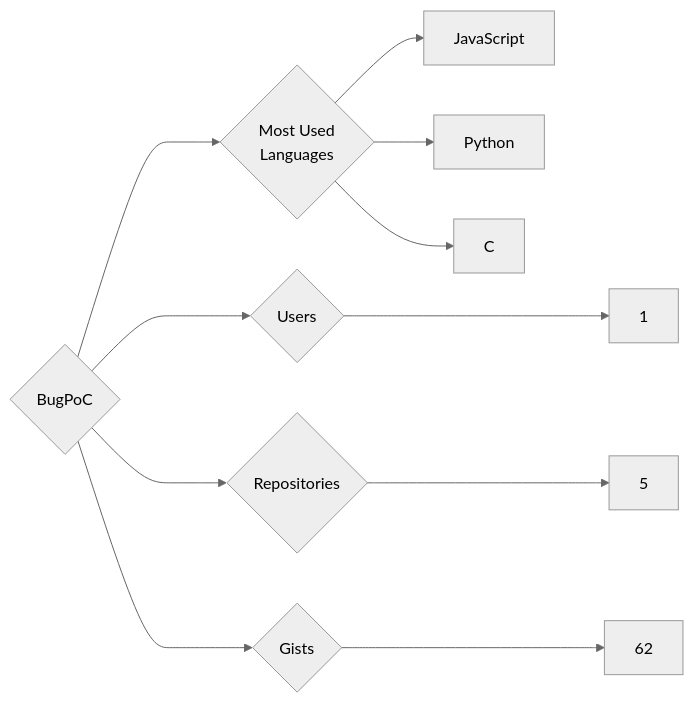
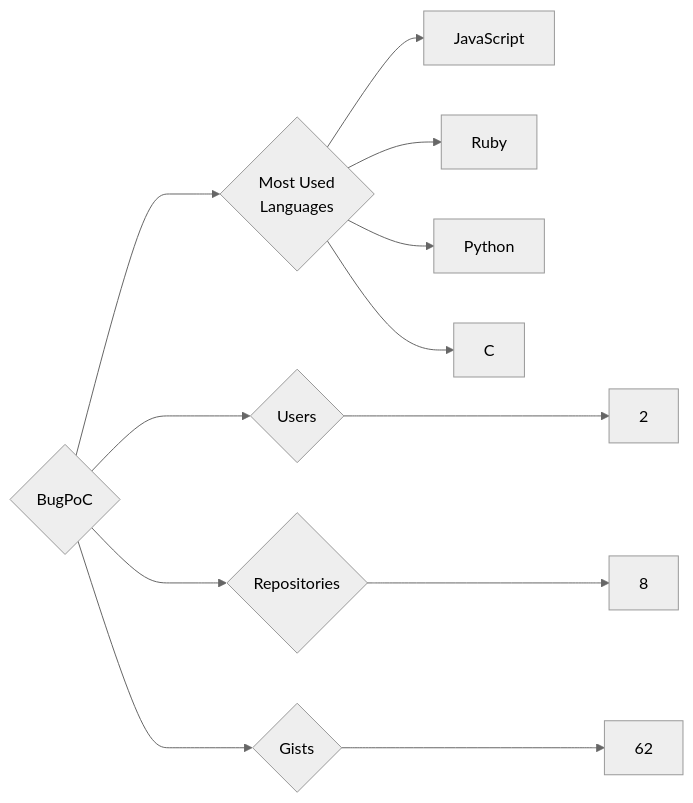
The diagram in targets/BugPoC/README.md (trickest/insiders), drawn with Mermaid (neutral theme) before and after one commit. The commit also changed 1148 other files, not shown here.

````diff
--- a/targets/BugPoC/README.md
+++ b/targets/BugPoC/README.md
@@ -3,11 +3,12 @@
 ```mermaid
 graph LR
 COMPANY_NAME{BugPoC}
-COMPANY_NAME ---> U{Users} ---> UN[1]
-COMPANY_NAME ---> R{Repositories} ---> RN[5]
+COMPANY_NAME ---> U{Users} ---> UN[2]
+COMPANY_NAME ---> R{Repositories} ---> RN[8]
 COMPANY_NAME ---> G{Gists} ---> GN[62]
 COMPANY_NAME ---> ML{Most Used<br>Languages}
 ML --> JavaScript[JavaScript]
+ML --> Ruby[Ruby]
 ML --> Python[Python]
 ML --> C[C]
 ```
````
